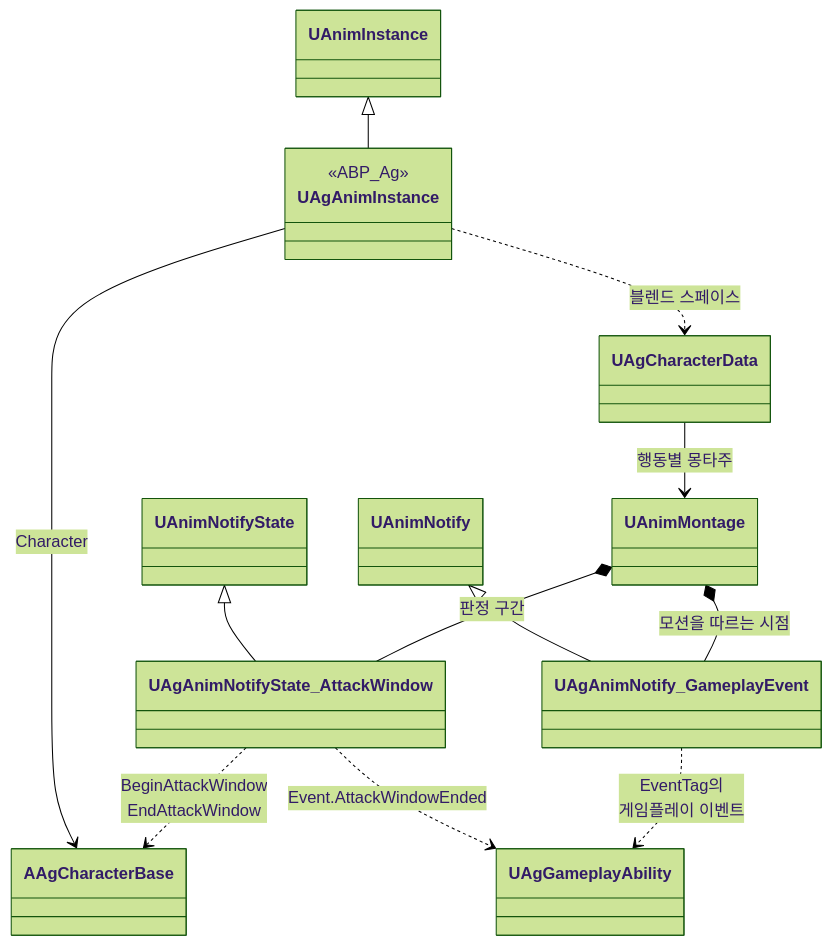
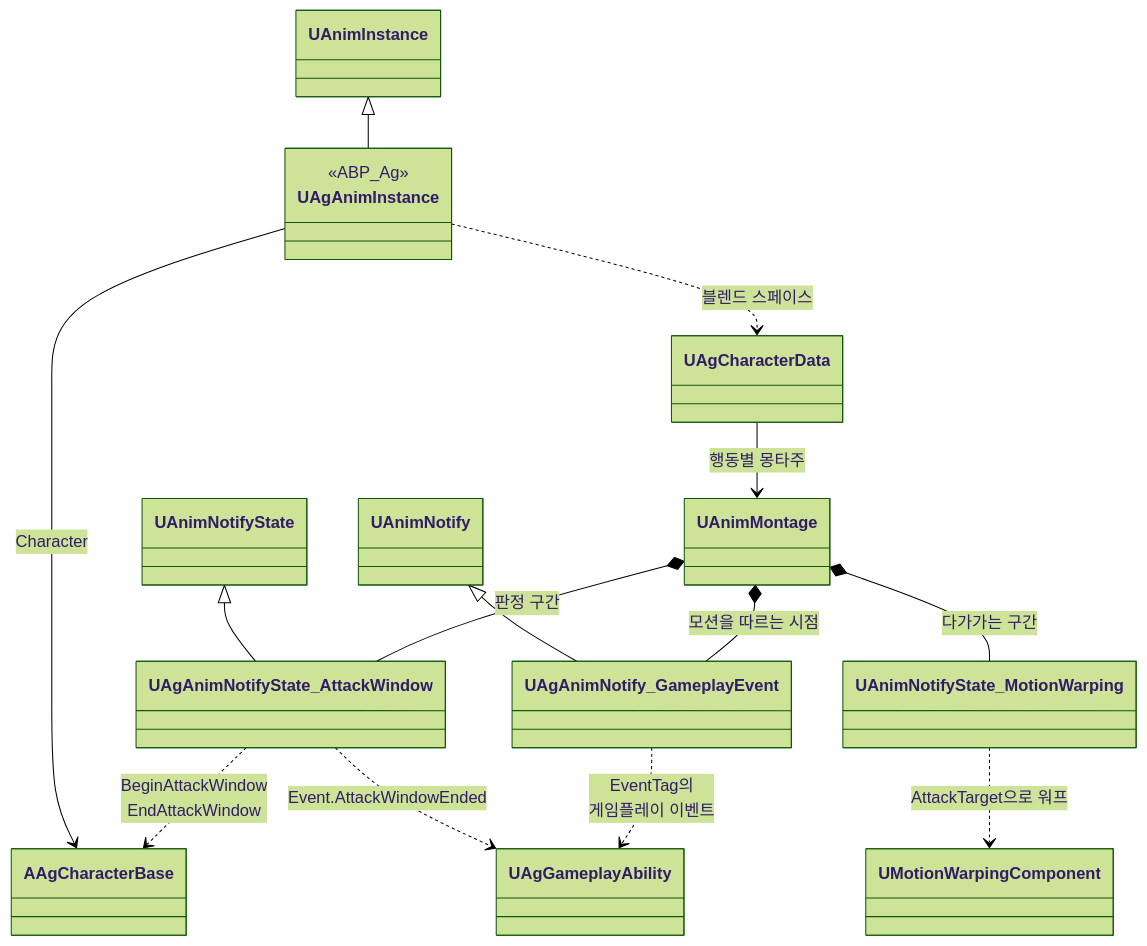
The fourth of 20 diagrams in Docs/Program/클래스 구조도.md (Woogl/Ag), drawn with Mermaid (forest theme) before and after one commit. The commit also changed other lines of this file and 17 other files, not shown here.

Commit message:
구현: 공격 보정을 AbilityTask로 옮기고, 다가갈지는 몽타주의 워핑 구간이 정하게 정리 (구현 계획서 '공격 보정'·'정지 간격', 데이터 위치표, 클래스 구조도)

````diff
--- a/Docs/Program/클래스 구조도.md
+++ b/Docs/Program/클래스 구조도.md
@@ -157,19 +157,21 @@
 ```mermaid
 classDiagram
     direction TB
     class UAgAnimInstance {
         <<ABP_Ag>>
     }
     UAnimInstance <|-- UAgAnimInstance
     UAgAnimInstance --> AAgCharacterBase : Character
     UAgAnimInstance ..> UAgCharacterData : 블렌드 스페이스
 
     UAnimNotifyState <|-- UAgAnimNotifyState_AttackWindow
     UAnimNotify <|-- UAgAnimNotify_GameplayEvent
     UAgCharacterData --> UAnimMontage : 행동별 몽타주
     UAnimMontage *-- UAgAnimNotifyState_AttackWindow : 판정 구간
     UAnimMontage *-- UAgAnimNotify_GameplayEvent : 모션을 따르는 시점
     UAgAnimNotifyState_AttackWindow ..> AAgCharacterBase : BeginAttackWindow<br>EndAttackWindow
     UAgAnimNotifyState_AttackWindow ..> UAgGameplayAbility : Event.AttackWindowEnded
     UAgAnimNotify_GameplayEvent ..> UAgGameplayAbility : EventTag의<br>게임플레이 이벤트
+    UAnimMontage *-- UAnimNotifyState_MotionWarping : 다가가는 구간
+    UAnimNotifyState_MotionWarping ..> UMotionWarpingComponent : AttackTarget으로 워프
 ```
````
